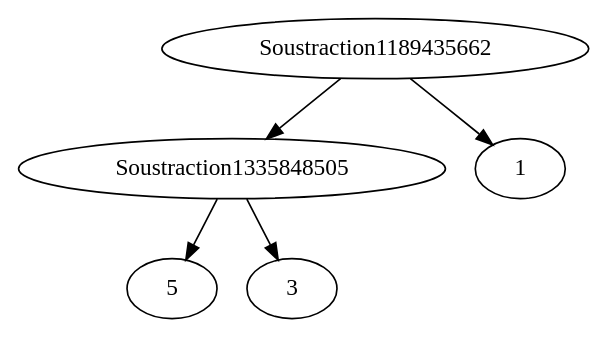
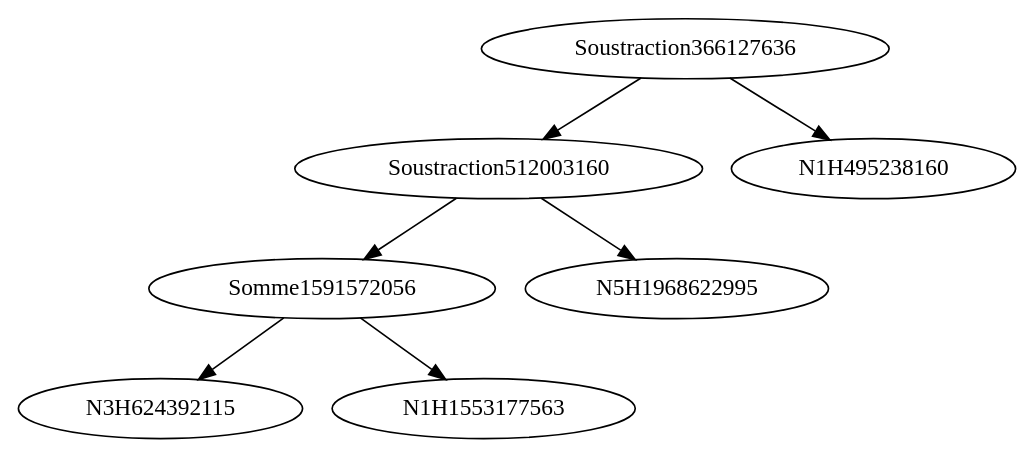
Before and after one commit to Charles-M/CompilateurPlic: the diagram in img.jpg.dot, drawn with Graphviz. The commit also changed 4 other files, not shown here.

```diff
--- a/img.jpg.dot
+++ b/img.jpg.dot
@@ -1,6 +1,8 @@
 digraph { 
-Soustraction1335848505->5
-Soustraction1335848505->3
-Soustraction1189435662->Soustraction1335848505
-Soustraction1189435662->1
+Somme1591572056->N3H624392115
+Somme1591572056->N1H1553177563
+Soustraction512003160->N5H1968622995
+Soustraction512003160->Somme1591572056
+Soustraction366127636->Soustraction512003160
+Soustraction366127636->N1H495238160
 }
```
